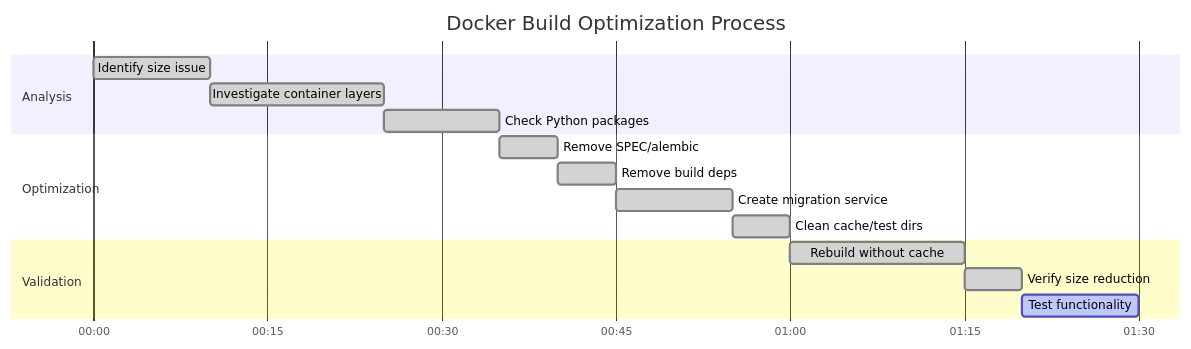
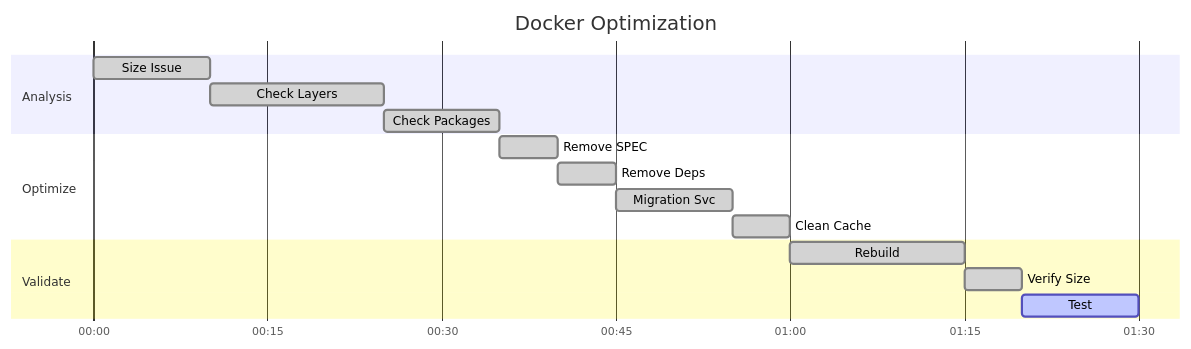
Before and after one commit to netra-systems/zen: the eighth of 15 diagrams in docs/docker_architecture_diagrams.md, drawn with Mermaid. The commit also changed other lines of this file and 3 other files, not shown here.

First line of the commit message:
docs: update architecture documentation and SSOT compliance

````diff
--- a/docs/docker_architecture_diagrams.md
+++ b/docs/docker_architecture_diagrams.md
@@ -155,22 +162,22 @@
 ```mermaid
 gantt
-    title Docker Build Optimization Process
+    title Docker Optimization
     dateFormat HH:mm
     axisFormat %H:%M
     
     section Analysis
-    Identify size issue           :done, analysis1, 00:00, 10m
-    Investigate container layers  :done, analysis2, after analysis1, 15m
-    Check Python packages         :done, analysis3, after analysis2, 10m
+    Size Issue      :done, a1, 00:00, 10m
+    Check Layers    :done, a2, after a1, 15m
+    Check Packages  :done, a3, after a2, 10m
     
-    section Optimization
-    Remove SPEC/alembic          :done, opt1, after analysis3, 5m
-    Remove build deps            :done, opt2, after opt1, 5m
-    Create migration service     :done, opt3, after opt2, 10m
-    Clean cache/test dirs        :done, opt4, after opt3, 5m
+    section Optimize
+    Remove SPEC     :done, o1, after a3, 5m
+    Remove Deps     :done, o2, after o1, 5m
+    Migration Svc   :done, o3, after o2, 10m
+    Clean Cache     :done, o4, after o3, 5m
     
-    section Validation
-    Rebuild without cache        :done, val1, after opt4, 15m
-    Verify size reduction        :done, val2, after val1, 5m
-    Test functionality           :active, val3, after val2, 10m
+    section Validate
+    Rebuild         :done, v1, after o4, 15m
+    Verify Size     :done, v2, after v1, 5m
+    Test            :active, v3, after v2, 10m
 ```
````
